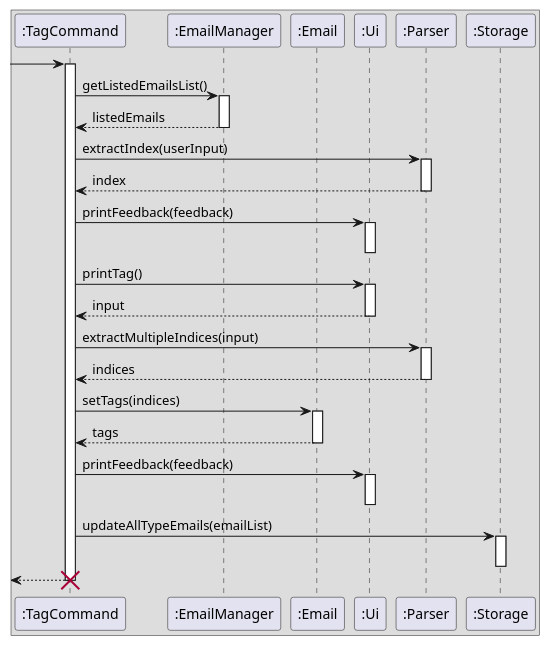
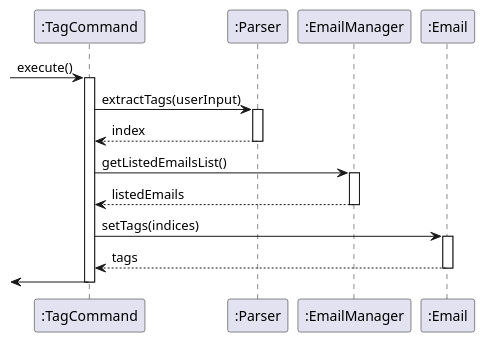
One commit to yanli1215/tp changed the diagram in docs/Sequence Diagrams/TagSequenceDiagram.puml. Above: the diagram before and after it, drawn with PlantUML. The commit also changed 9 other files, not shown here.

Commit message:
Add content page, simplify diagrams

```diff
--- a/docs/Sequence Diagrams/TagSequenceDiagram.puml
+++ b/docs/Sequence Diagrams/TagSequenceDiagram.puml
@@ -1,57 +1,30 @@
 @startuml
 'https://plantuml.com/sequence-diagram
 
-box
 participant ":TagCommand" as TagCommand
+participant ":Parser" as Parser
 participant ":EmailManager" as EmailManager
 participant ":Email" as Email
-participant ":Ui" as Ui
-participant ":Parser" as Parser
-participant ":Storage" as Storage
-end box
 
-[-> TagCommand
+[-> TagCommand: execute()
 activate TagCommand
+
+TagCommand -> Parser: extractTags(userInput)
+activate Parser
+Parser --> TagCommand: index
+deactivate Parser
 
 TagCommand -> EmailManager: getListedEmailsList()
 activate EmailManager
 EmailManager --> TagCommand: listedEmails
 deactivate EmailManager
 
-TagCommand -> Parser: extractIndex(userInput)
-activate Parser
-Parser --> TagCommand: index
-deactivate Parser
-
-TagCommand -> Ui: printFeedback(feedback)
-activate Ui
-deactivate Ui
-
-TagCommand -> Ui: printTag()
-activate Ui
-Ui --> TagCommand: input
-deactivate Ui
-
-TagCommand -> Parser: extractMultipleIndices(input)
-activate Parser
-Parser --> TagCommand: indices
-deactivate Parser
-
 TagCommand -> Email: setTags(indices)
 activate Email
 Email --> TagCommand: tags
 deactivate Email
 
-TagCommand -> Ui: printFeedback(feedback)
-activate Ui
-deactivate Ui
-
-TagCommand -> Storage: updateAllTypeEmails(emailList)
-activate Storage
-deactivate Storage
-
-[<-- TagCommand
+[<- TagCommand
 deactivate TagCommand
-destroy TagCommand
 
 @enduml
```
